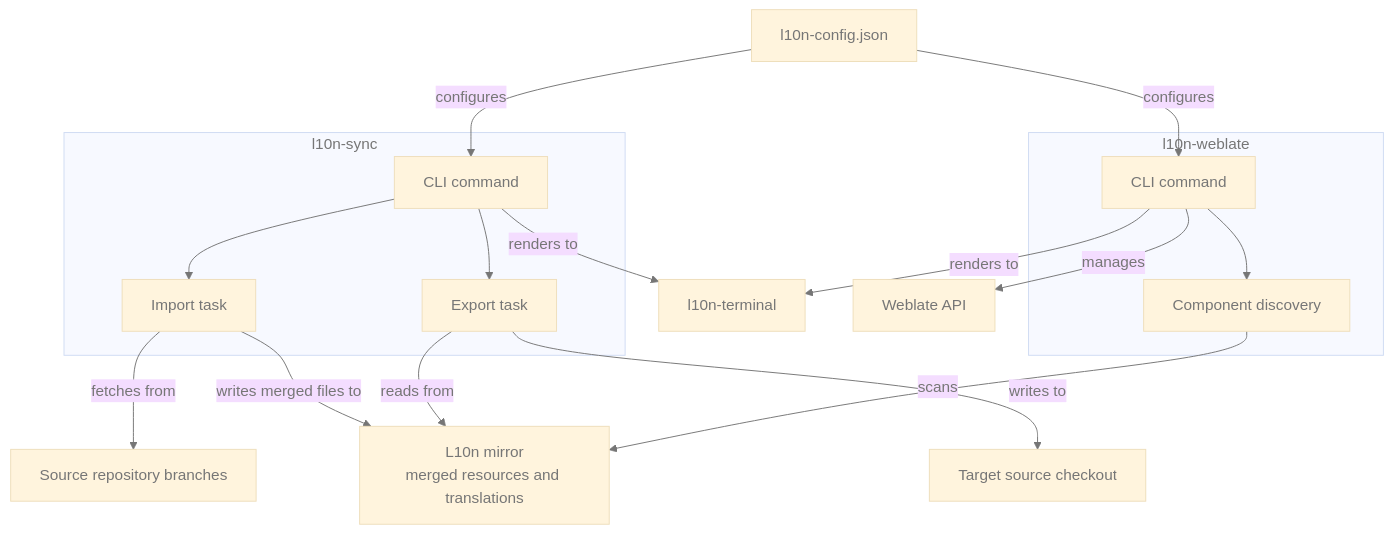
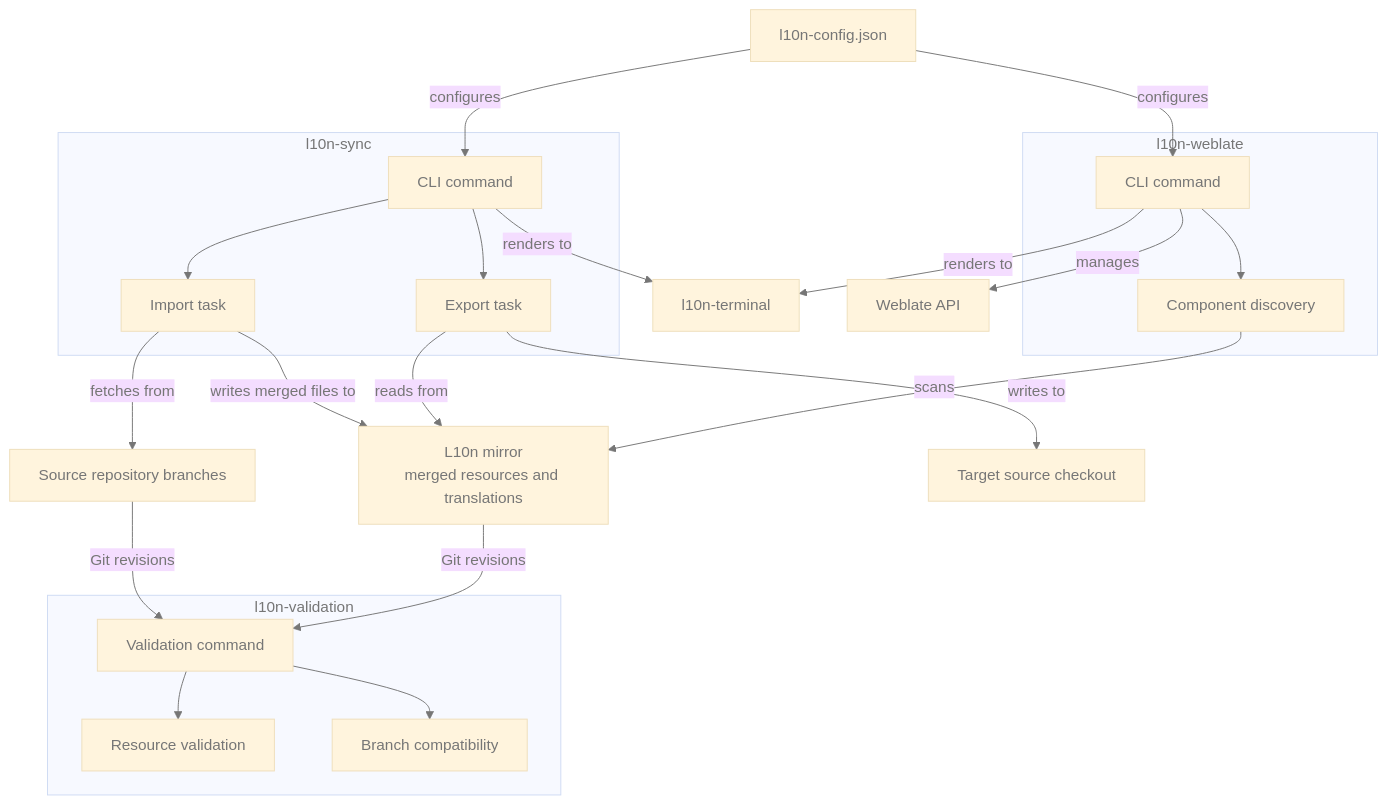
The first of 3 diagrams in docs/architecture.md (thunderbird/thunderbird-mobile-weblate), drawn with Mermaid before and after one commit. The commit also changed other lines of this file and 11 other files, not shown here.

Commit message:
feat(l10n): publish shared validation CLI

````diff
--- a/docs/architecture.md
+++ b/docs/architecture.md
@@ -7,35 +8,45 @@
 ```mermaid
 %%{init: {"theme": "base", "themeVariables": {"lineColor": "#767676", "textColor": "#767676", "primaryTextColor": "#767676", "secondaryTextColor": "#767676", "tertiaryTextColor": "#767676", "labelTextColor": "#767676", "actorLineColor": "#767676", "actorTextColor": "#767676", "signalColor": "#767676", "signalTextColor": "#767676"}}}%%
 flowchart TB
     Config[l10n-config.json]
     Terminal[l10n-terminal]
     Source[Source repository branches]
     Mirror[L10n mirror<br/>merged resources and translations]
     Checkout[Target source checkout]
     Api[Weblate API]
+
+    subgraph Validation[l10n-validation]
+        ValidationCli[Validation command]
+        ResourceCheck[Resource validation]
+        Compatibility[Branch compatibility]
+        ValidationCli --> ResourceCheck
+        ValidationCli --> Compatibility
+    end
 
     subgraph Sync[l10n-sync]
         SyncCli[CLI command]
         Import[Import task]
         Export[Export task]
         SyncCli --> Import
         SyncCli --> Export
     end
 
     subgraph Weblate[l10n-weblate]
         WeblateCli[CLI command]
         Discovery[Component discovery]
         WeblateCli --> Discovery
     end
 
+    Source -->|Git revisions| ValidationCli
+    Mirror -->|Git revisions| ValidationCli
     Config -->|configures| SyncCli
     Config -->|configures| WeblateCli
     SyncCli -->|renders to| Terminal
     WeblateCli -->|renders to| Terminal
     Import -->|fetches from| Source
     Import -->|writes merged files to| Mirror
     Export -->|reads from| Mirror
     Export -->|writes to| Checkout
     Discovery -->|scans| Mirror
     WeblateCli -->|manages| Api
 ```
````
